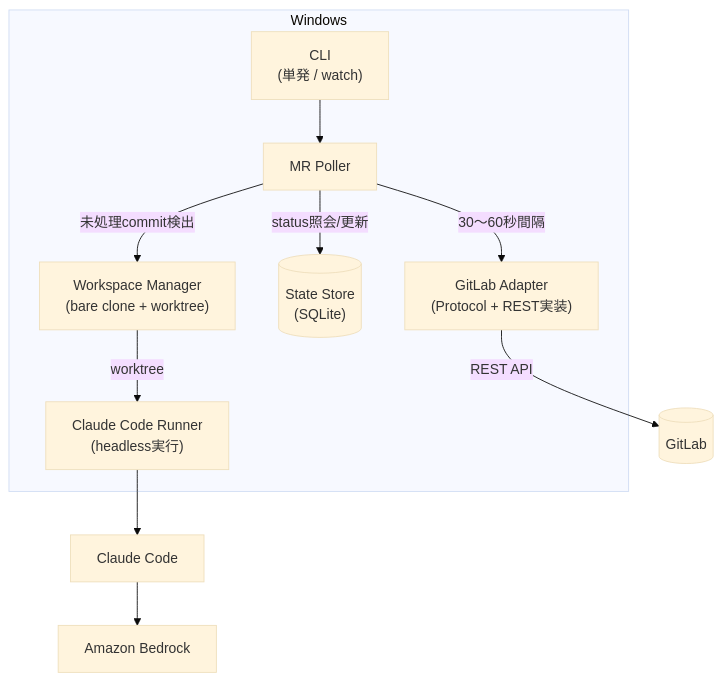
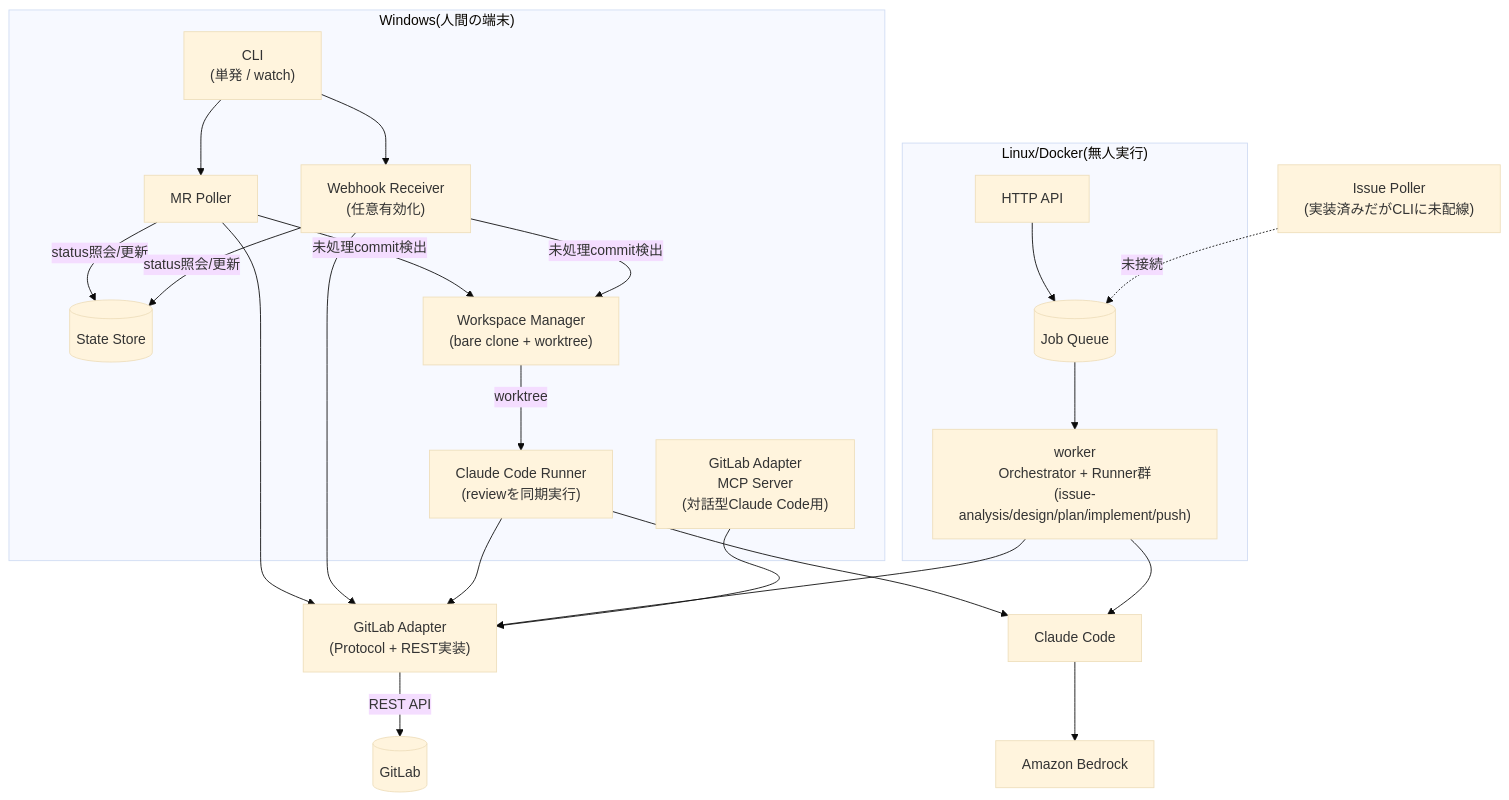
The diagram in docs/architecture.md (AtsushiNi/gitlab-ai-platform), drawn with Mermaid (base theme) before and after one commit. The commit also changed other lines of this file and 1 other file, not shown here.

First line of the commit message:
docs: README/architectureの構成を現状に合わせて整理

````diff
--- a/docs/architecture.md
+++ b/docs/architecture.md
@@ -21,21 +23,44 @@
 ```mermaid
 flowchart TD
-    subgraph Windows["Windows"]
+    subgraph Windows["Windows(人間の端末)"]
         CLI["CLI\n(単発 / watch)"]
         Poller["MR Poller"]
-        Adapter["GitLab Adapter\n(Protocol + REST実装)"]
-        Store[("State Store\n(SQLite)")]
+        Webhook["Webhook Receiver\n(任意有効化)"]
+        Store[("State Store")]
         Workspace["Workspace Manager\n(bare clone + worktree)"]
-        Runner["Claude Code Runner\n(headless実行)"]
+        Runner["Claude Code Runner\n(reviewを同期実行)"]
+        MCPServer["GitLab Adapter\nMCP Server\n(対話型Claude Code用)"]
 
         CLI --> Poller
-        Poller -- "30〜60秒間隔" --> Adapter
+        CLI --> Webhook
         Poller -- "status照会/更新" --> Store
+        Webhook -- "status照会/更新" --> Store
         Poller -- "未処理commit検出" --> Workspace
+        Webhook -- "未処理commit検出" --> Workspace
         Workspace -- worktree --> Runner
     end
 
+    subgraph LinuxDocker["Linux/Docker(無人実行)"]
+        HTTPAPI["HTTP API"]
+        JobQueue[("Job Queue")]
+        Worker["worker\nOrchestrator + Runner群\n(issue-analysis/design/plan/implement/push)"]
+
+        HTTPAPI --> JobQueue
+        JobQueue --> Worker
+    end
+
+    IssuePoller["Issue Poller\n(実装済みだがCLIに未配線)"]
+    IssuePoller -.->|未接続| JobQueue
+
+    Adapter["GitLab Adapter\n(Protocol + REST実装)"]
+    Poller --> Adapter
+    Webhook --> Adapter
+    Runner --> Adapter
+    Worker --> Adapter
+    MCPServer --> Adapter
     Adapter -- "REST API" --> GitLab[("GitLab")]
+
     Runner --> ClaudeCode["Claude Code"]
+    Worker --> ClaudeCode
     ClaudeCode --> Bedrock["Amazon Bedrock"]
 ```
````
